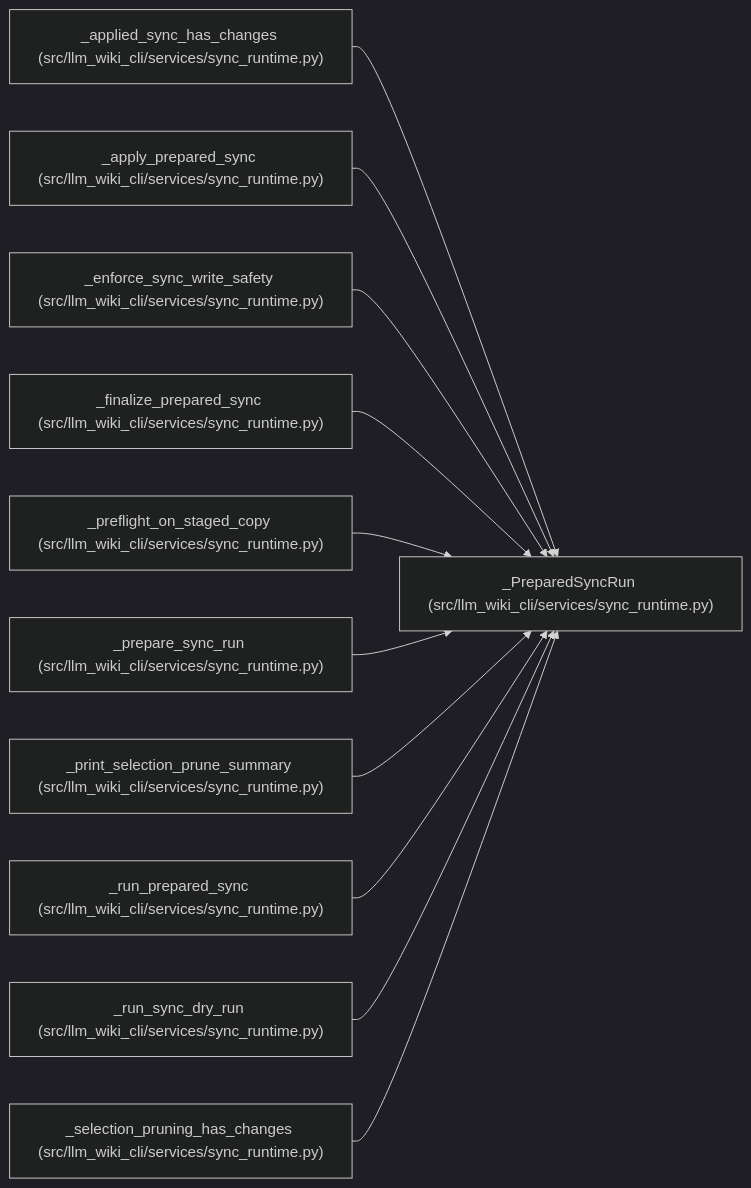
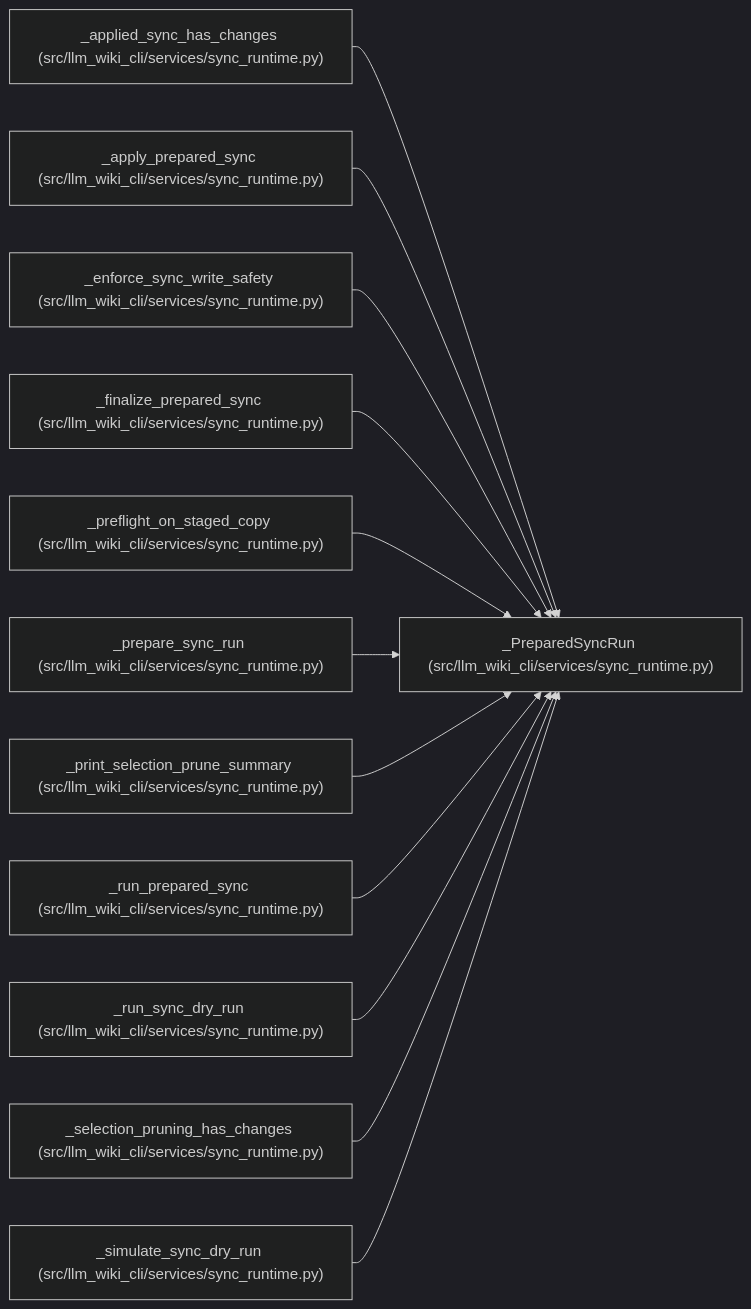
One commit to Denissvgn/python-wiki-llm changed the diagram in docs/llm_wiki/entities/PreparedSyncRun.md. Above: the diagram before and after it, drawn with Mermaid (dark theme). The commit also changed other lines of this file and 575 other files, not shown here.

````diff
--- a/docs/llm_wiki/entities/PreparedSyncRun.md
+++ b/docs/llm_wiki/entities/PreparedSyncRun.md
@@ -77,35 +77,38 @@
 ```mermaid
 flowchart LR
     n0["_PreparedSyncRun (src/llm_wiki_cli/services/sync_runtime.py)"]
     n1["_applied_sync_has_changes (src/llm_wiki_cli/services/sync_runtime.py)"]
     n2["_apply_prepared_sync (src/llm_wiki_cli/services/sync_runtime.py)"]
     n3["_enforce_sync_write_safety (src/llm_wiki_cli/services/sync_runtime.py)"]
     n4["_finalize_prepared_sync (src/llm_wiki_cli/services/sync_runtime.py)"]
     n5["_preflight_on_staged_copy (src/llm_wiki_cli/services/sync_runtime.py)"]
     n6["_prepare_sync_run (src/llm_wiki_cli/services/sync_runtime.py)"]
     n7["_print_selection_prune_summary (src/llm_wiki_cli/services/sync_runtime.py)"]
     n8["_run_prepared_sync (src/llm_wiki_cli/services/sync_runtime.py)"]
     n9["_run_sync_dry_run (src/llm_wiki_cli/services/sync_runtime.py)"]
     n10["_selection_pruning_has_changes (src/llm_wiki_cli/services/sync_runtime.py)"]
+    n11["_simulate_sync_dry_run (src/llm_wiki_cli/services/sync_runtime.py)"]
     n1 --> n0
     n2 --> n0
     n3 --> n0
     n4 --> n0
     n5 --> n0
     n6 --> n0
     n7 --> n0
     n8 --> n0
     n9 --> n0
     n10 --> n0
+    n11 --> n0
     click n0 "../modules/sync_runtime.md"
     click n1 "../modules/sync_runtime.md"
     click n2 "../modules/sync_runtime.md"
     click n3 "../modules/sync_runtime.md"
     click n4 "../modules/sync_runtime.md"
     click n5 "../modules/sync_runtime.md"
     click n6 "../modules/sync_runtime.md"
     click n7 "../modules/sync_runtime.md"
     click n8 "../modules/sync_runtime.md"
     click n9 "../modules/sync_runtime.md"
     click n10 "../modules/sync_runtime.md"
+    click n11 "../modules/sync_runtime.md"
 ```
````
